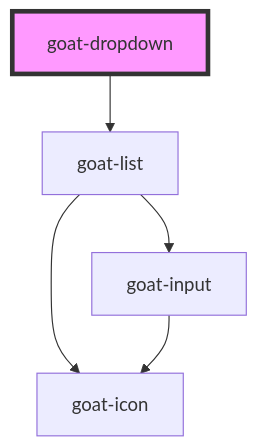
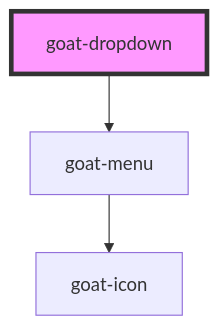
The diagram in src/components/other/dropdown/readme.md (goatui/components), drawn with Mermaid before and after one commit. The commit also changed other lines of this file and 94 other files, not shown here.

````diff
--- a/src/components/other/dropdown/readme.md
+++ b/src/components/other/dropdown/readme.md
@@ -50,8 +50,6 @@
 ```mermaid
 graph TD;
-  goat-dropdown --> goat-list
-  goat-list --> goat-icon
-  goat-list --> goat-input
-  goat-input --> goat-icon
+  goat-dropdown --> goat-menu
+  goat-menu --> goat-icon
   style goat-dropdown fill:#f9f,stroke:#333,stroke-width:4px
 ```
````
